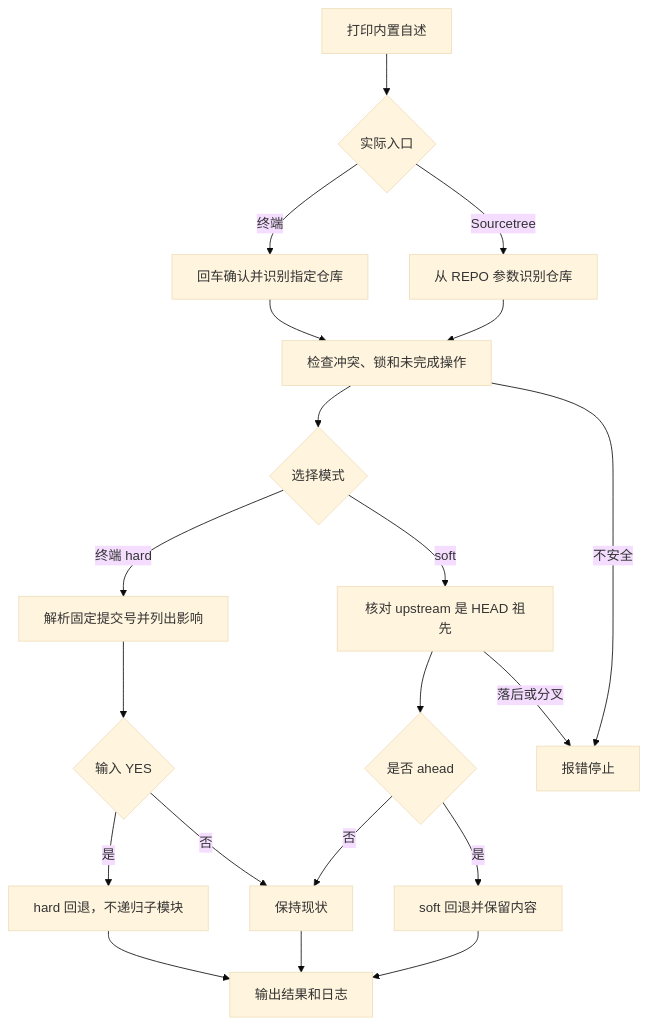
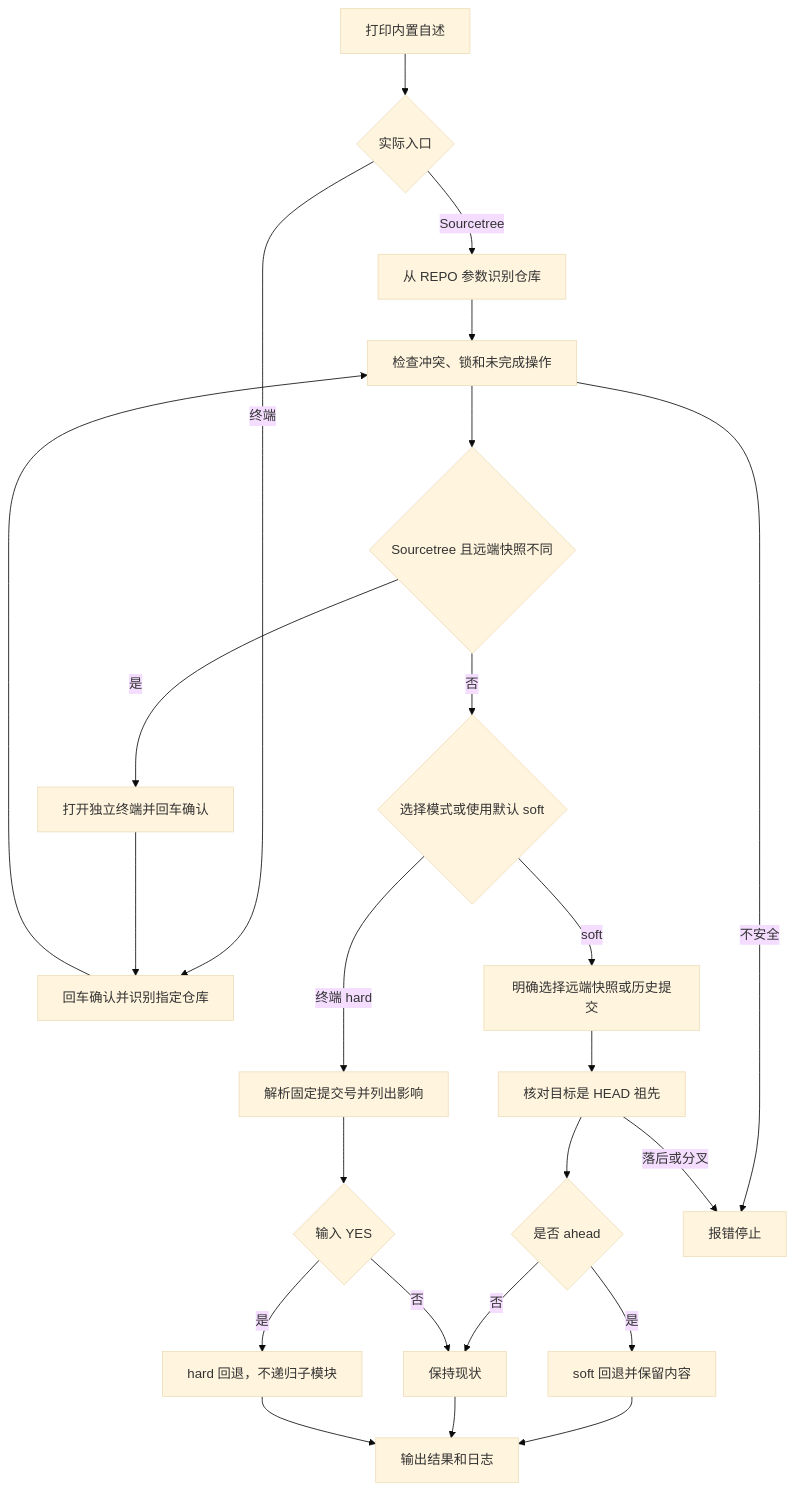
The diagram in MacOS/【MacOS@SourceTree】♻️双击Git（识别子Git） 提交回退.command/README.md (JobsKits/SourceTree.sh), drawn with Mermaid (base theme) before and after one commit. The commit also changed other lines of this file and 4 other files, not shown here.

````diff
--- a/MacOS/【MacOS@SourceTree】♻️双击Git（识别子Git） 提交回退.command/README.md
+++ b/MacOS/【MacOS@SourceTree】♻️双击Git（识别子Git） 提交回退.command/README.md
@@ -69,22 +90,26 @@
 ```mermaid
 flowchart TD
   A[打印内置自述] --> B{实际入口}
   B -->|Sourcetree| C[从 REPO 参数识别仓库]
   B -->|终端| D[回车确认并识别指定仓库]
   C --> E[检查冲突、锁和未完成操作]
   D --> E
-  E --> F{选择模式}
-  F -->|soft| G[核对 upstream 是 HEAD 祖先]
+  E --> P{Sourcetree 且远端快照不同}
+  P -->|是| T[打开独立终端并回车确认]
+  T --> D
+  P -->|否| F{选择模式或使用默认 soft}
+  F -->|soft| S[明确选择远端快照或历史提交]
+  S --> G[核对目标是 HEAD 祖先]
   G --> H{是否 ahead}
   H -->|是| I[soft 回退并保留内容]
   H -->|否| J[保持现状]
   F -->|终端 hard| K[解析固定提交号并列出影响]
   K --> L{输入 YES}
   L -->|是| M[hard 回退，不递归子模块]
   L -->|否| J
   E -->|不安全| X[报错停止]
   G -->|落后或分叉| X
   I --> N[输出结果和日志]
   J --> N
   M --> N
 ```
````
